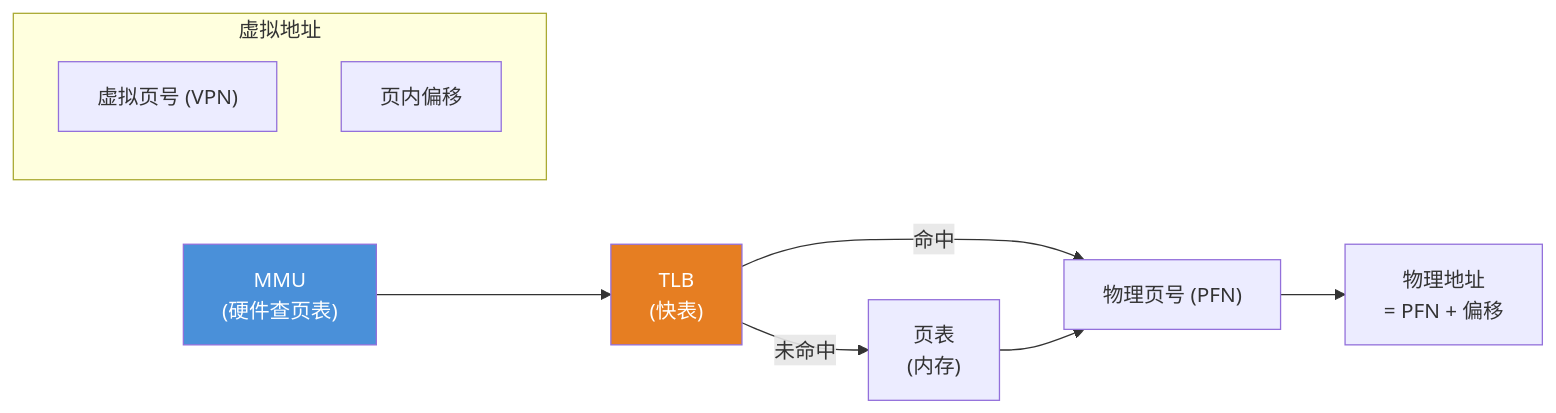
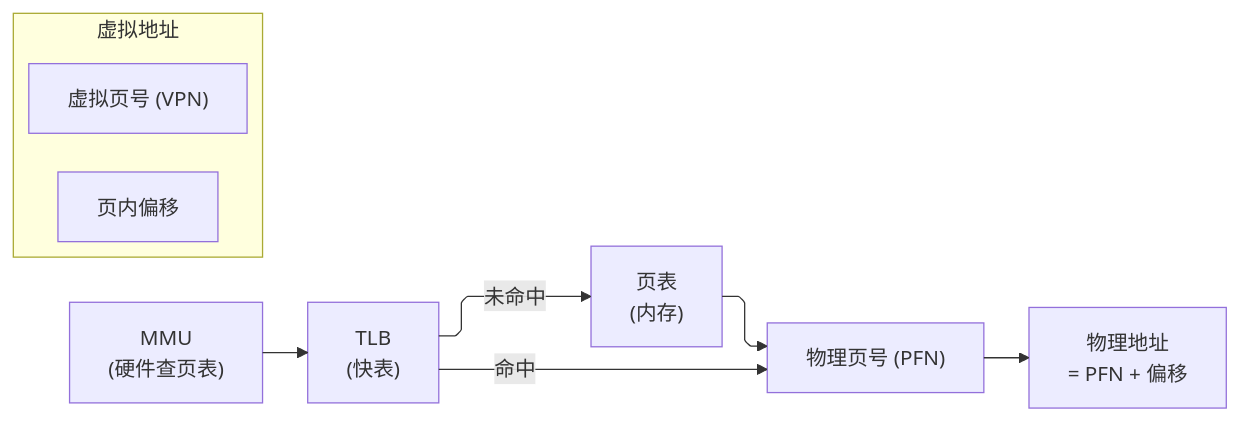
The diagram in 01-CS Core (计算机核心基础)/03-Operating System（操作系统）/04-Memory Management（内存管理⭐）/01-Virtual Memory（虚拟内存）.md (ziyan-cs/obsidian-coding-notes), drawn with Mermaid before and after one commit. The commit also changed 37 other files, not shown here.

````diff
--- a/01-CS Core (计算机核心基础)/03-Operating System（操作系统）/04-Memory Management（内存管理⭐）/01-Virtual Memory（虚拟内存）.md
+++ b/01-CS Core (计算机核心基础)/03-Operating System（操作系统）/04-Memory Management（内存管理⭐）/01-Virtual Memory（虚拟内存）.md
@@ -13,14 +13,13 @@
 ```mermaid
+%%{init: {"flowchart": {"defaultRenderer": "elk", "curve": "monotoneX"}} }%%
 graph LR
     subgraph VA["虚拟地址"]
         VPN["虚拟页号 (VPN)"]
         OFFSET["页内偏移"]
     end
     MMU["MMU<br/>(硬件查页表)"] --> TLB["TLB<br/>(快表)"]
     TLB -->|命中| PFN["物理页号 (PFN)"]
     TLB -->|未命中| PageT["页表<br/>(内存)"]
     PageT --> PFN
     PFN --> PA["物理地址<br/>= PFN + 偏移"]
-    style MMU fill:#4a90d9,color:#fff
-    style TLB fill:#e67e22,color:#fff
 ```
````
